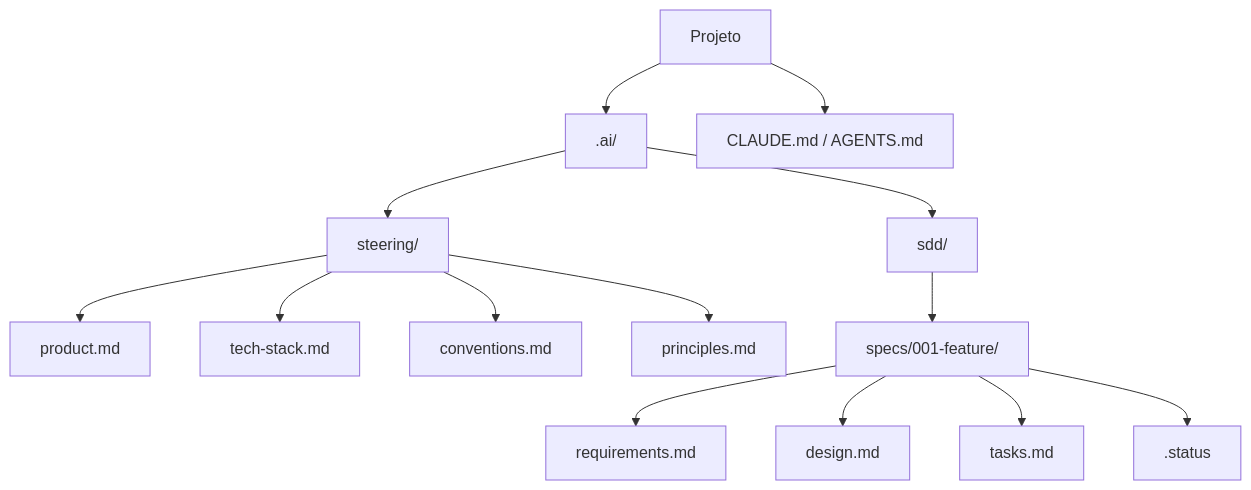
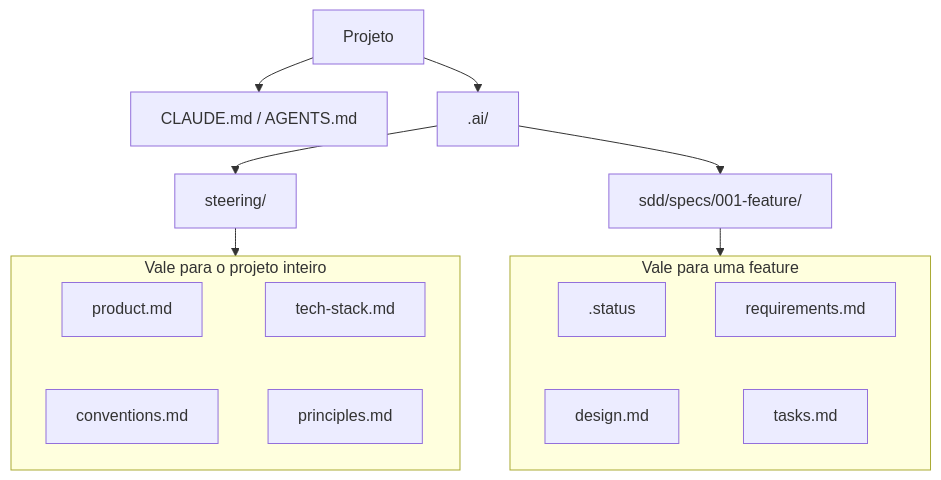
Before and after one commit to felipefontoura/spec-driven-development-book: the third of 15 diagrams in BOOK.pt-BR.md, drawn with Mermaid. The commit also changed other lines of this file and 1 other file, not shown here.

````diff
--- a/BOOK.pt-BR.md
+++ b/BOOK.pt-BR.md
@@ -339,21 +349,40 @@
 ```mermaid
-graph TD
-    ROOT[Projeto] --> AI[.ai/]
-    ROOT --> CM[CLAUDE.md / AGENTS.md]
+---
+config:
+  flowchart:
+    rankSpacing: 28
+---
+flowchart TB
+    ROOT[Projeto] --> CM[CLAUDE.md / AGENTS.md]
+    ROOT --> AI[.ai/]
     AI --> ST[steering/]
-    AI --> SDD[sdd/]
-    ST --> S1[product.md]
-    ST --> S2[tech-stack.md]
-    ST --> S3[conventions.md]
-    ST --> S4[principles.md]
-    SDD --> SP[specs/001-feature/]
-    SP --> R[requirements.md]
-    SP --> D[design.md]
-    SP --> T[tasks.md]
-    SP --> STAT[.status]
+    AI --> SP[sdd/specs/001-feature/]
+
+    subgraph GLOBAL["Vale para o projeto inteiro"]
+        direction TB
+        S1[product.md]
+        S2[tech-stack.md]
+        S3[conventions.md]
+        S4[principles.md]
+        S1 ~~~ S3
+        S2 ~~~ S4
+    end
+
+    subgraph FEATURE["Vale para uma feature"]
+        direction TB
+        STAT[.status]
+        R[requirements.md]
+        D[design.md]
+        T[tasks.md]
+        STAT ~~~ D
+        R ~~~ T
+    end
+
+    ST --> GLOBAL
+    SP --> FEATURE
 
     class STAT accent;
     class R,D,T soft;
     class S1,S2,S3,S4 neutral;
-    class ROOT,AI,ST,SDD,SP,CM muted;
+    class ROOT,AI,ST,SP,CM muted;
 ```
````
